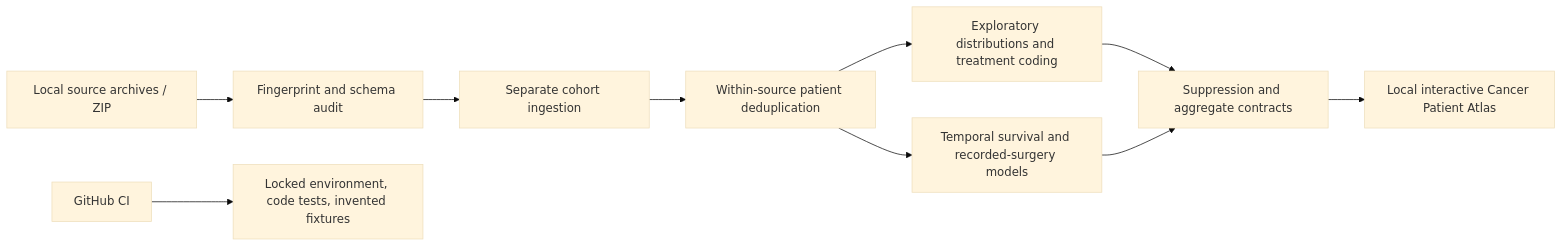
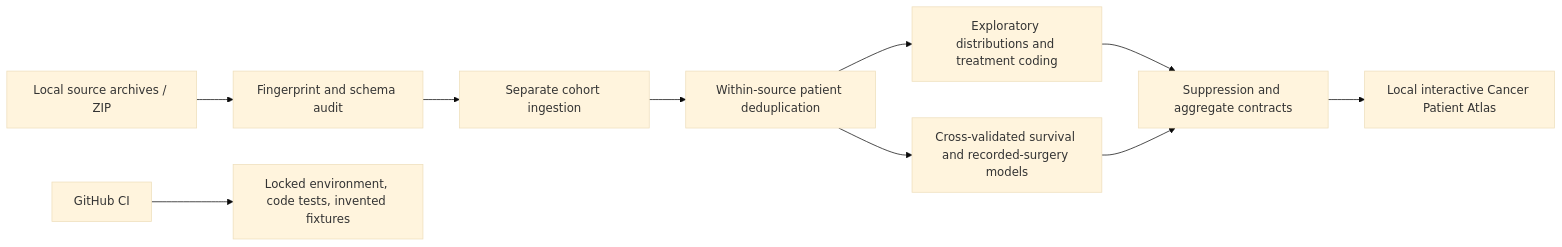
Before and after one commit to kashishchaudhari/cancer-survivorship: the diagram in docs/PORTFOLIO_PLAN.md, drawn with Mermaid (base theme). The commit also changed other lines of this file and 18 other files, not shown here.

````diff
--- a/docs/PORTFOLIO_PLAN.md
+++ b/docs/PORTFOLIO_PLAN.md
@@ -23,12 +23,12 @@
 ```mermaid
 flowchart LR
   A[Local source archives / ZIP] --> B[Fingerprint and schema audit]
   B --> C[Separate cohort ingestion]
   C --> D[Within-source patient deduplication]
   D --> E[Exploratory distributions and treatment coding]
-  D --> F[Temporal survival and recorded-surgery models]
+  D --> F[Cross-validated survival and recorded-surgery models]
   E --> G[Suppression and aggregate contracts]
   F --> G
   G --> H[Local interactive Cancer Patient Atlas]
   I[GitHub CI] --> J[Locked environment, code tests, invented fixtures]
 ```
````
